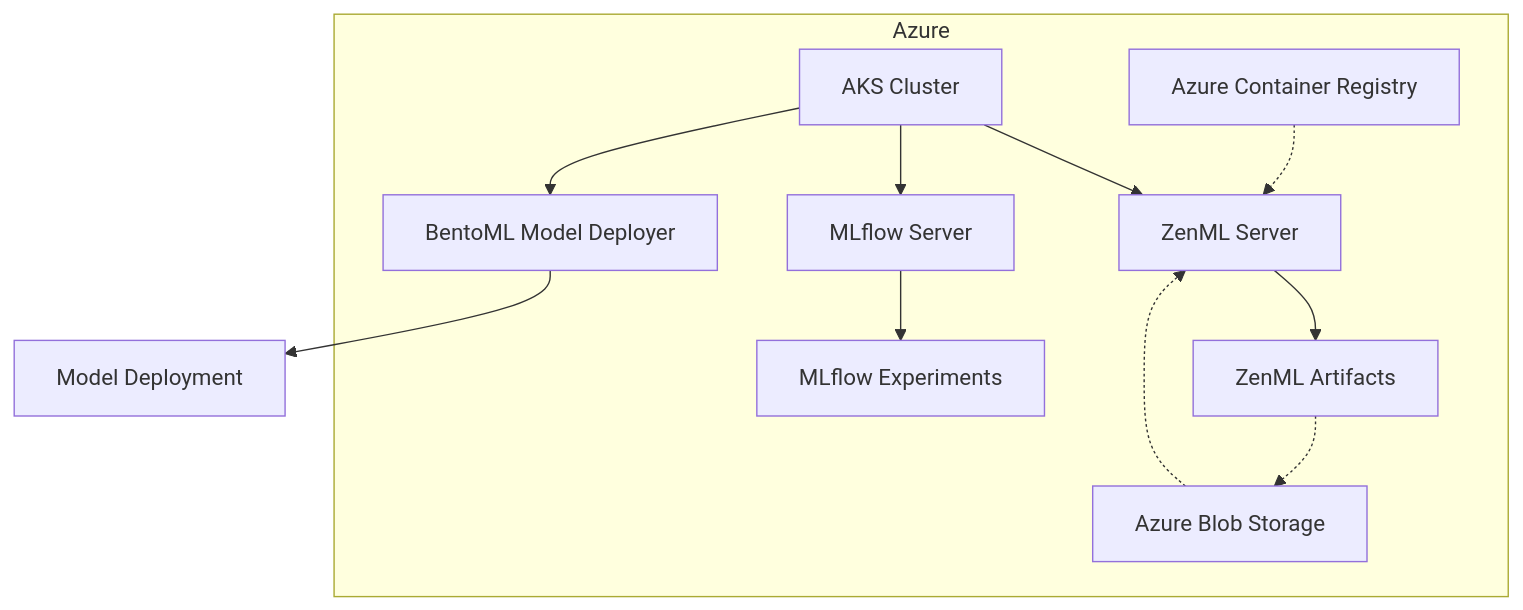
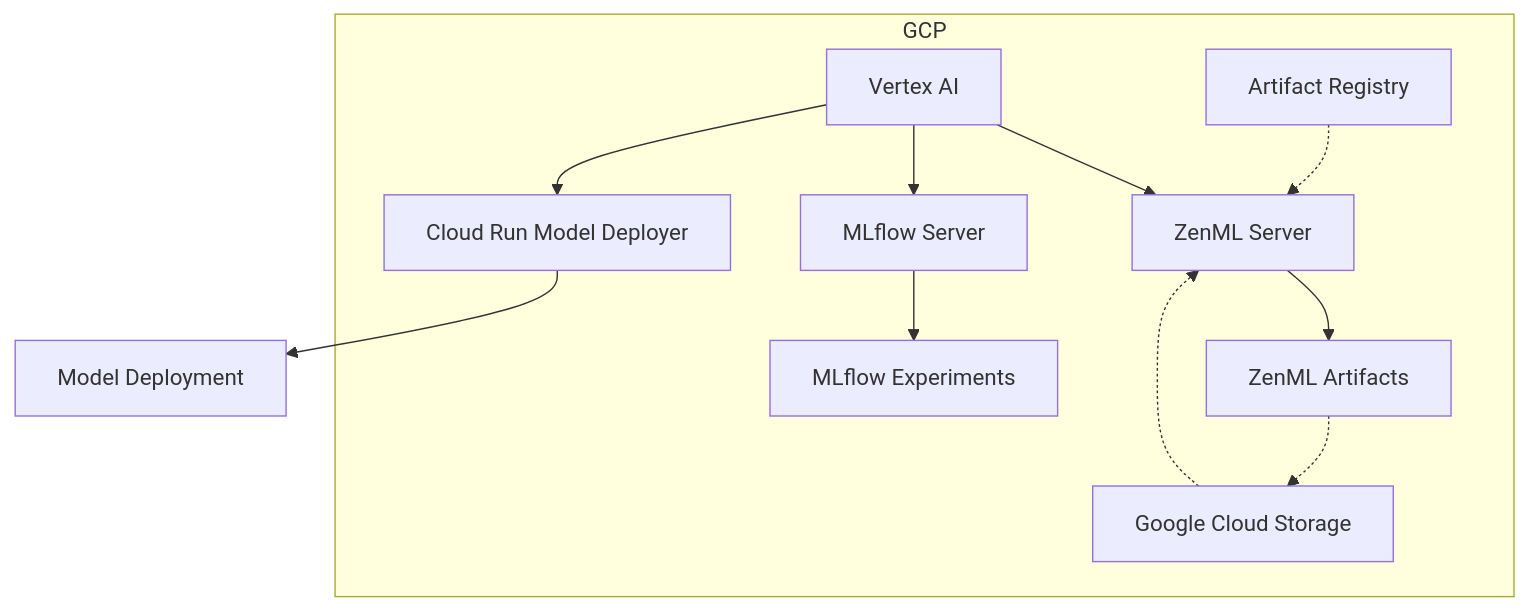
One commit to codecentric/from-jupyter-to-production-ml-platform changed the diagram in README.md. Above: the diagram before and after it, drawn with Mermaid. The commit also changed other lines of this file and 9 other files, not shown here.

````diff
--- a/README.md
+++ b/README.md
@@ -25,15 +25,15 @@
 ```mermaid
 graph TD
-    subgraph Azure
-        A[AKS Cluster] --> B[ZenML Server]
+    subgraph GCP
+        A[Vertex AI] --> B[ZenML Server]
         A --> C[MLflow Server]
-        A --> D[BentoML Model Deployer]
+        A --> D[Cloud Run Model Deployer]
     
-    E[Azure Blob Storage] -.-> B
-    F[Azure Container Registry] -.-> B
+    E[Google Cloud Storage] -.-> B
+    F[Artifact Registry] -.-> B
     B --> G[ZenML Artifacts]
     G -.->E
     C --> H[MLflow Experiments]
     end
     D --> I[Model Deployment]
 ```
````
